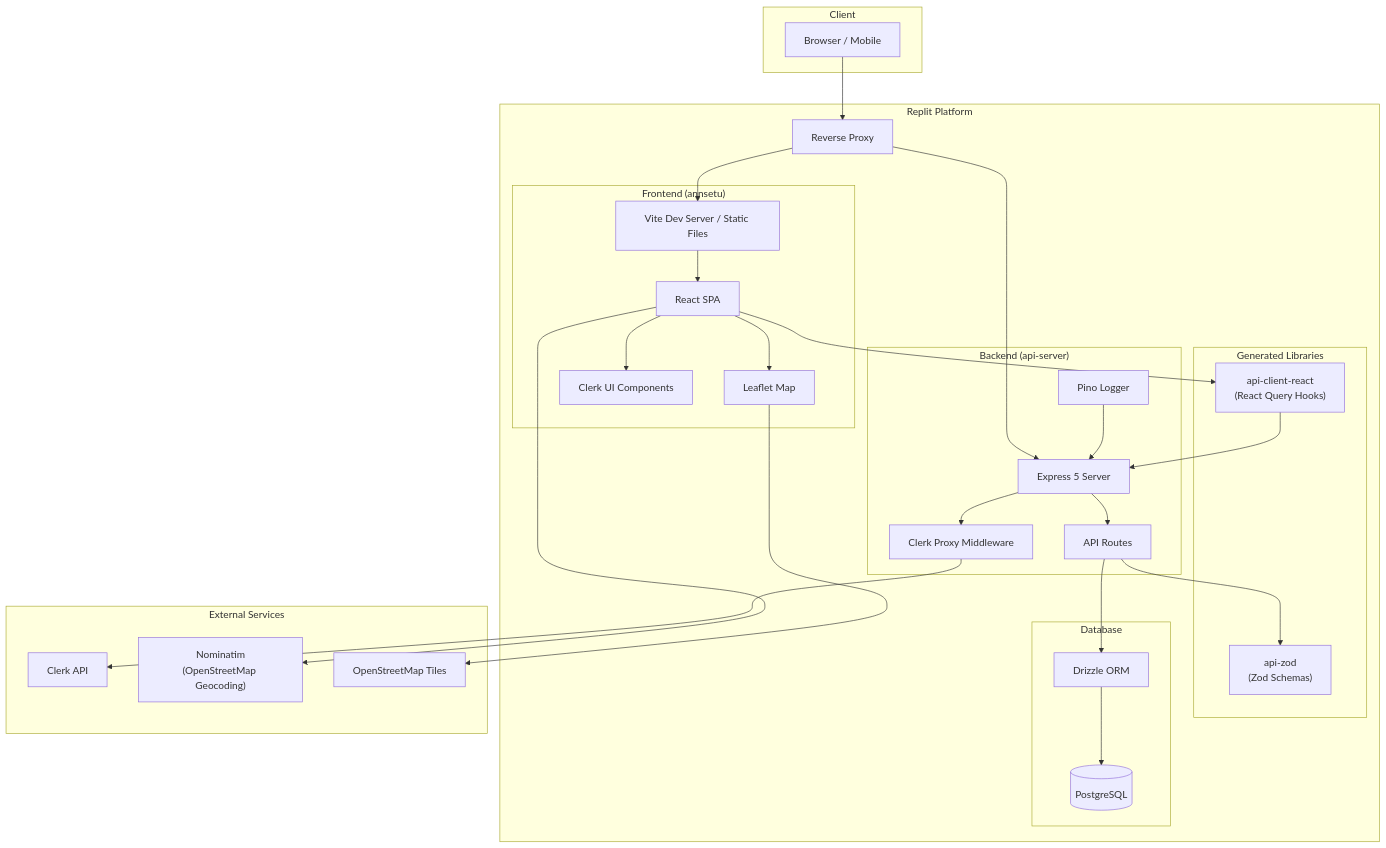
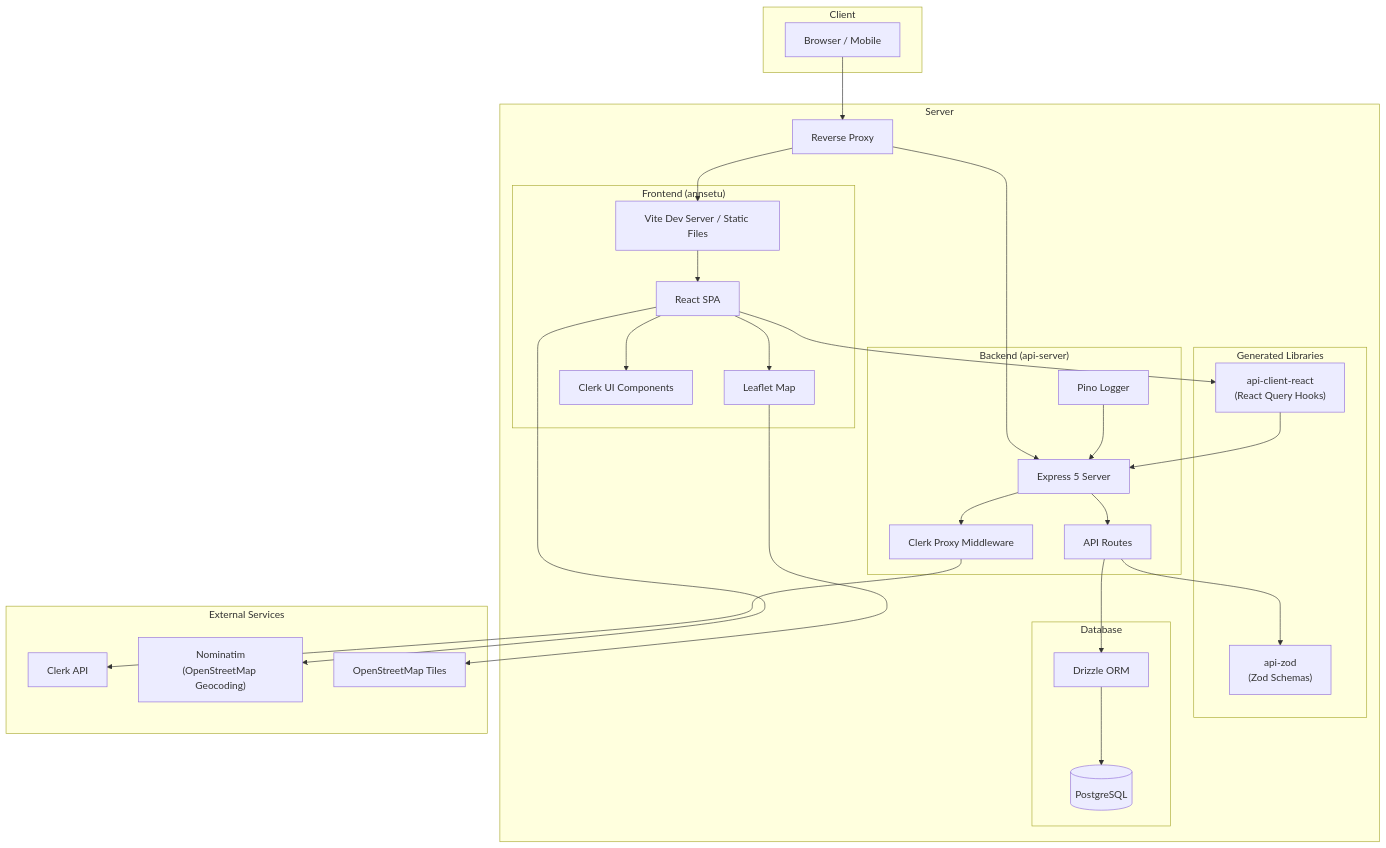
One commit to Vansh7095/SarthakSetu changed the second of 8 diagrams in TECHNICAL_DOCUMENTATION.md. Above: the diagram before and after it, drawn with Mermaid. The commit also changed other lines of this file and 12 other files, not shown here.

````diff
--- a/TECHNICAL_DOCUMENTATION.md
+++ b/TECHNICAL_DOCUMENTATION.md
@@ -1017,58 +1016,58 @@
 ```mermaid
 graph TB
     subgraph "Client"
         Browser["Browser / Mobile"]
     end
 
-    subgraph "Replit Platform"
+    subgraph "Server"
         Proxy["Reverse Proxy"]
 
         subgraph "Frontend (annsetu)"
             Vite["Vite Dev Server / Static Files"]
             React["React SPA"]
             Leaflet["Leaflet Map"]
             ClerkUI["Clerk UI Components"]
         end
 
         subgraph "Backend (api-server)"
             Express["Express 5 Server"]
             ClerkProxy["Clerk Proxy Middleware"]
             Routes["API Routes"]
             Pino["Pino Logger"]
         end
 
         subgraph "Generated Libraries"
             APIClient["api-client-react<br/>(React Query Hooks)"]
             APIZod["api-zod<br/>(Zod Schemas)"]
         end
 
         subgraph "Database"
             Postgres[("PostgreSQL")]
             Drizzle["Drizzle ORM"]
         end
     end
 
     subgraph "External Services"
         ClerkAPI["Clerk API"]
         Nominatim["Nominatim<br/>(OpenStreetMap Geocoding)"]
         OSMTiles["OpenStreetMap Tiles"]
     end
 
     Browser --> Proxy
     Proxy --> Vite
     Proxy --> Express
     Vite --> React
     React --> Leaflet
     React --> ClerkUI
     React --> APIClient
     APIClient --> Express
     Express --> ClerkProxy
     ClerkProxy --> ClerkAPI
     Express --> Routes
     Routes --> APIZod
     Routes --> Drizzle
     Drizzle --> Postgres
     Leaflet --> OSMTiles
     React --> Nominatim
     Pino --> Express
 ```
````
